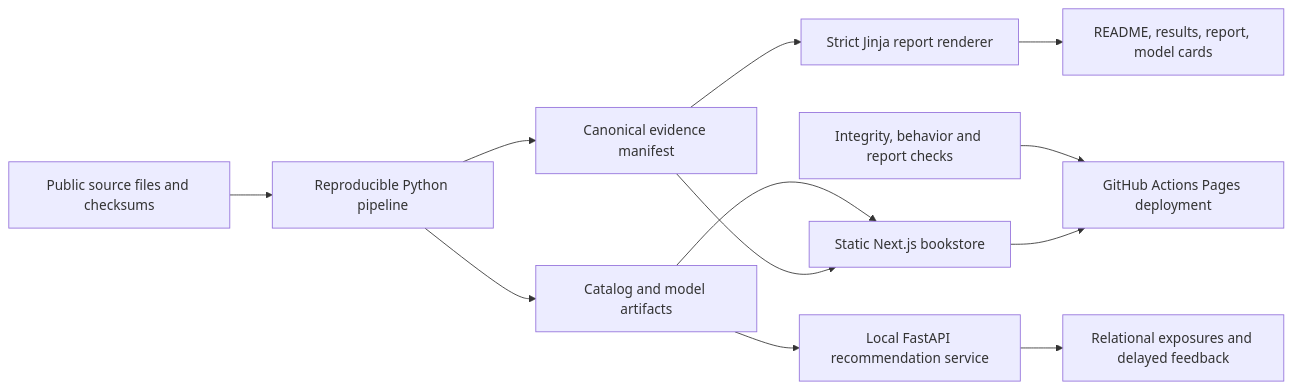
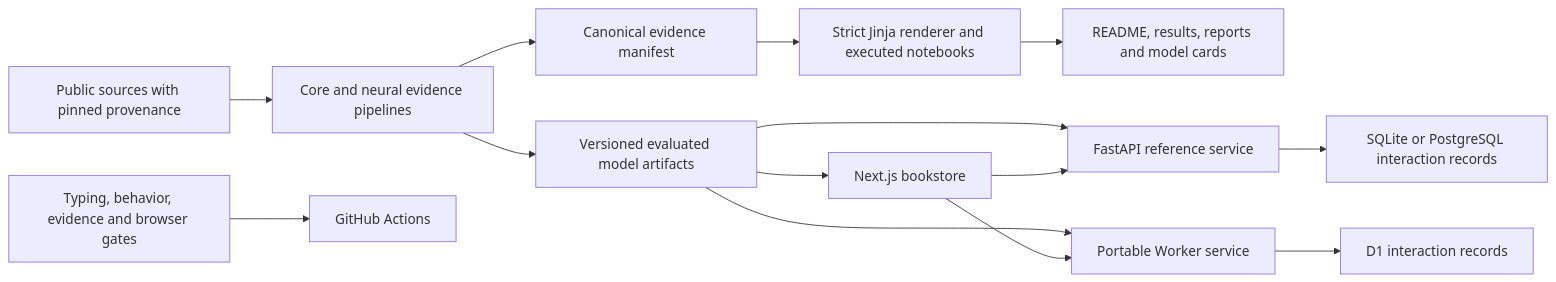
One commit to mekala27-45/stacks changed the diagram in ARCHITECTURE.md. Above: the diagram before and after it, drawn with Mermaid. The commit also changed other lines of this file and 54 other files, not shown here.

Commit message:
Publish executed notebooks and model cards with strict reproducibility gates

````diff
--- a/ARCHITECTURE.md
+++ b/ARCHITECTURE.md
@@ -8,14 +5,16 @@
 ```mermaid
 flowchart LR
-  S[Public source files and checksums] --> P[Reproducible Python pipeline]
+  S[Public sources with pinned provenance] --> P[Core and neural evidence pipelines]
   P --> M[Canonical evidence manifest]
-  P --> B[Catalog and model artifacts]
-  M --> J[Strict Jinja report renderer]
-  J --> D[README, results, report, model cards]
-  B --> W[Static Next.js bookstore]
-  M --> W
-  B --> A[Local FastAPI recommendation service]
-  A --> L[Relational exposures and delayed feedback]
-  C[Integrity, behavior and report checks] --> G[GitHub Actions Pages deployment]
-  W --> G
+  P --> B[Versioned evaluated model artifacts]
+  M --> J[Strict Jinja renderer and executed notebooks]
+  J --> D[README, results, reports and model cards]
+  B --> W[Next.js bookstore]
+  B --> A[FastAPI reference service]
+  B --> E[Portable Worker service]
+  A --> L[SQLite or PostgreSQL interaction records]
+  E --> Q[D1 interaction records]
+  W --> A
+  W --> E
+  C[Typing, behavior, evidence and browser gates] --> G[GitHub Actions]
 ```
````
